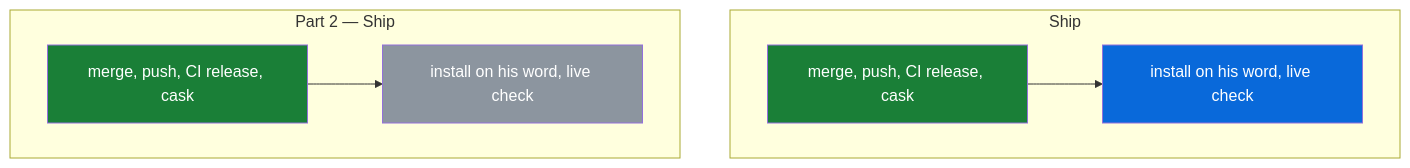
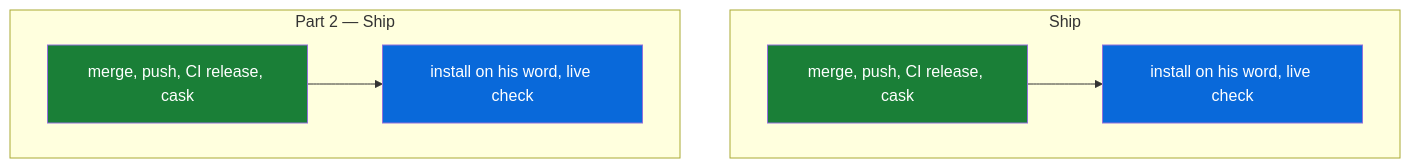
Before and after one commit to michaeljryoung/patton: the diagram in docs/compose-box.md, drawn with Mermaid. The commit also changed other lines of this file and 2 other files, not shown here.

Commit message:
Notes: v1.33.0 installed from the tag with Patton quit (S59) [no-release]

````diff
--- a/docs/compose-box.md
+++ b/docs/compose-box.md
@@ -13,19 +13,19 @@
 ```mermaid
 flowchart TD
   subgraph S["Ship"]
     box_release[merge, push, CI release, cask]:::done
     box_ship[install on his word, live check]:::live
   end
   subgraph OS["Part 2 — Ship"]
     bar_release[merge, push, CI release, cask]:::done
-    bar_ship[install on his word, live check]:::todo
+    bar_ship[install on his word, live check]:::live
   end
   box_release --> box_ship
   bar_release --> bar_ship
   classDef done fill:#1a7f37,color:#fff
   classDef live fill:#0969da,color:#fff
   classDef todo fill:#8c959f,color:#fff
   classDef blocked fill:#cf222e,color:#fff
   classDef dropped fill:#eaeef2,color:#57606a
   classDef superseded fill:#eaeef2,color:#57606a
 ```
````
